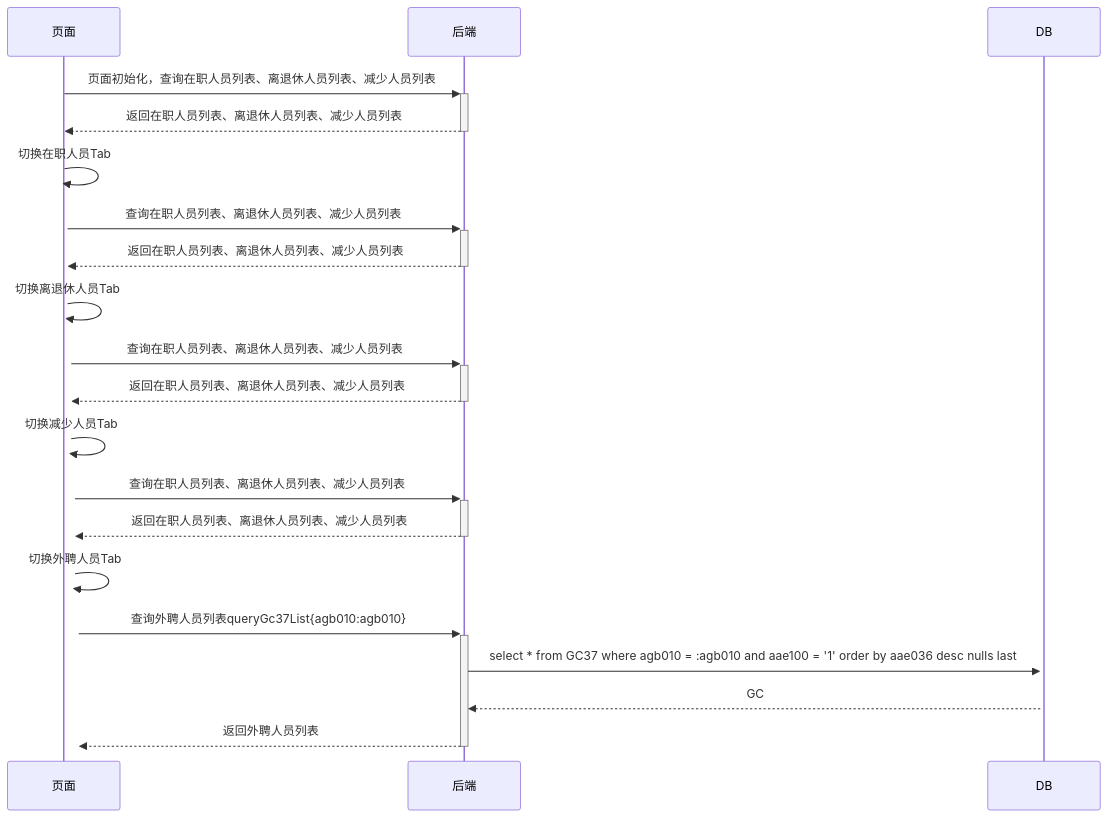
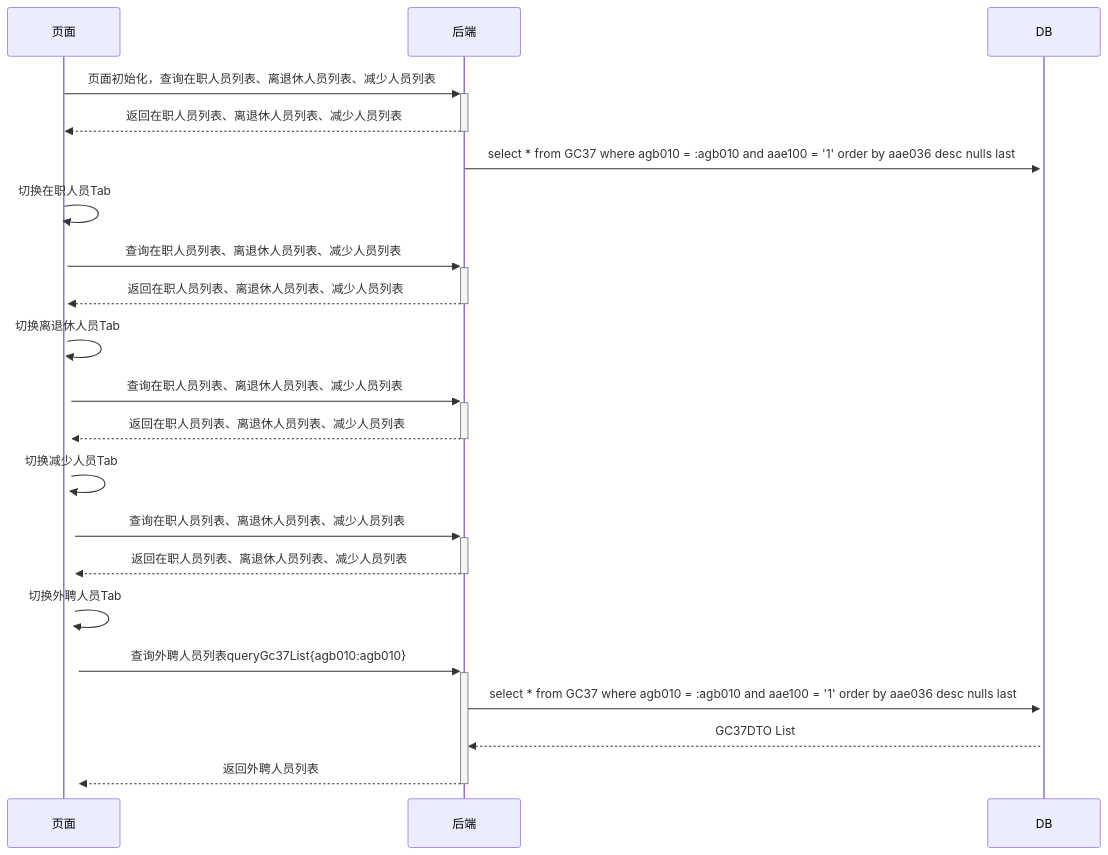
The diagram in all/人员基本信息初始化页面多Tab调用业务流程.md (ZhangJianBeiJing/iodraw-files), drawn with Mermaid before and after one commit.

Commit message:
2025-03-25 10:30:46 update

````diff
--- a/all/人员基本信息初始化页面多Tab调用业务流程.md
+++ b/all/人员基本信息初始化页面多Tab调用业务流程.md
@@ -1,19 +1,20 @@
 ```mermaid
 sequenceDiagram
     页面->>+后端: 页面初始化，查询在职人员列表、离退休人员列表、减少人员列表
     后端-->>-页面:返回在职人员列表、离退休人员列表、减少人员列表
+    后端->>+DB:select * from GC37 where agb010 = :agb010 and aae100 = '1' order by aae036 desc nulls last
     页面->>+页面:切换在职人员Tab
     页面->>+后端:查询在职人员列表、离退休人员列表、减少人员列表
     后端-->>-页面:返回在职人员列表、离退休人员列表、减少人员列表
     页面->>+页面:切换离退休人员Tab
     页面->>+后端:查询在职人员列表、离退休人员列表、减少人员列表
     后端-->>-页面:返回在职人员列表、离退休人员列表、减少人员列表
     页面->>+页面:切换减少人员Tab
     页面->>+后端:查询在职人员列表、离退休人员列表、减少人员列表
     后端-->>-页面:返回在职人员列表、离退休人员列表、减少人员列表
     页面->>+页面:切换外聘人员Tab
     页面->>+后端:查询外聘人员列表queryGc37List{agb010:agb010}
     后端->>+DB:select * from GC37 where agb010 = :agb010 and aae100 = '1' order by aae036 desc nulls last
-    DB-->>后端:GC 
+    DB-->>后端:GC37DTO List 
     后端-->>-页面:返回外聘人员列表
 ```
````
